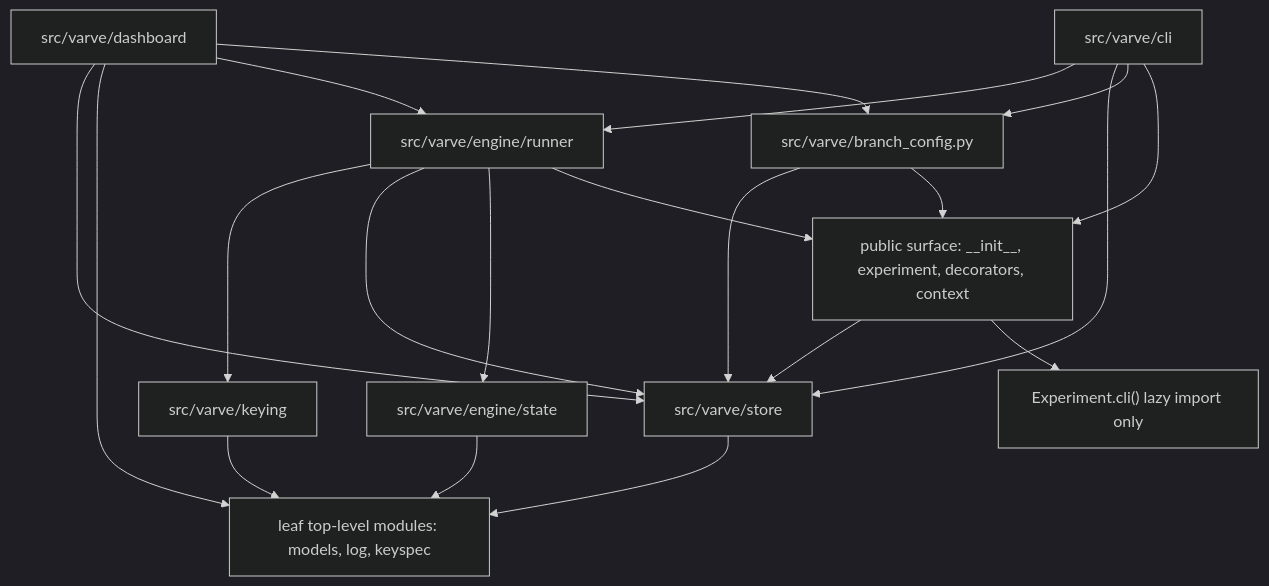
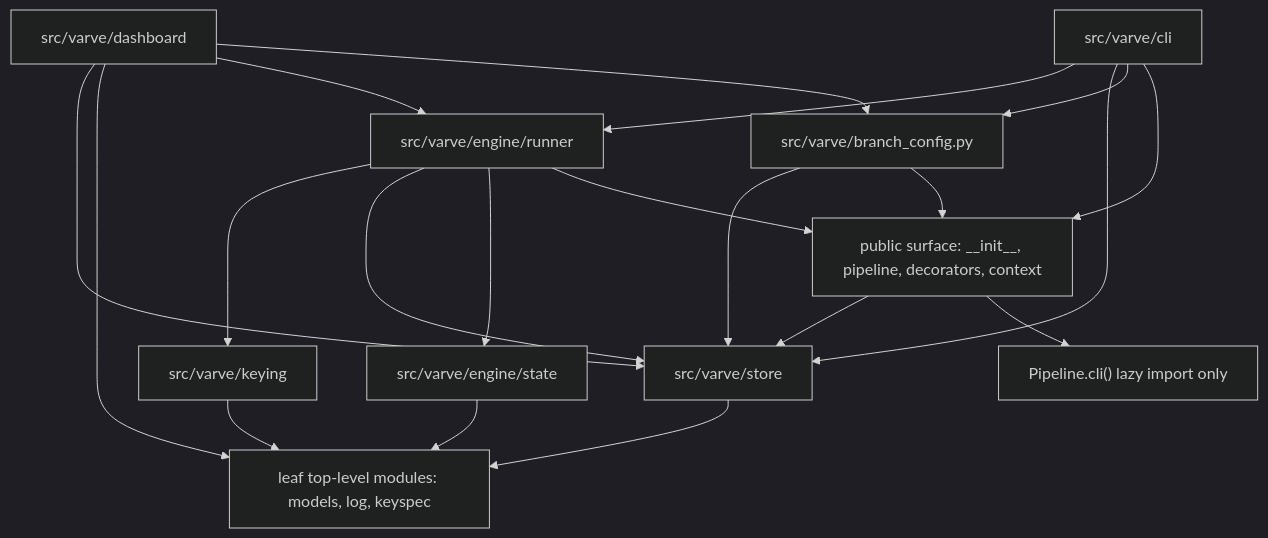
The diagram in ARCHITECTURE.md (moeakwak/varve), drawn with Mermaid (dark theme) before and after one commit. The commit also changed other lines of this file and 20 other files, not shown here.

Commit message:
refactor!: rename Experiment to Pipeline

````diff
--- a/ARCHITECTURE.md
+++ b/ARCHITECTURE.md
@@ -49,32 +49,32 @@
 ```mermaid
 flowchart TD
-  public["public surface: __init__, experiment, decorators, context"]
+  public["public surface: __init__, pipeline, decorators, context"]
   leaves["leaf top-level modules: models, log, keyspec"]
   keying["src/varve/keying"]
   store["src/varve/store"]
   state["src/varve/engine/state"]
   runner["src/varve/engine/runner"]
   branch_config["src/varve/branch_config.py"]
   dashboard["src/varve/dashboard"]
   cli["src/varve/cli"]
 
   keying --> leaves
   store --> leaves
   state --> leaves
   branch_config --> store
   branch_config --> public
   runner --> keying
   runner --> store
   runner --> state
   runner --> public
   dashboard --> store
   dashboard --> leaves
   dashboard --> runner
   dashboard --> branch_config
   cli --> runner
   cli --> store
   cli --> branch_config
   cli --> public
   public --> store
-  public --> cli_exception["Experiment.cli() lazy import only"]
+  public --> cli_exception["Pipeline.cli() lazy import only"]
 ```
````
